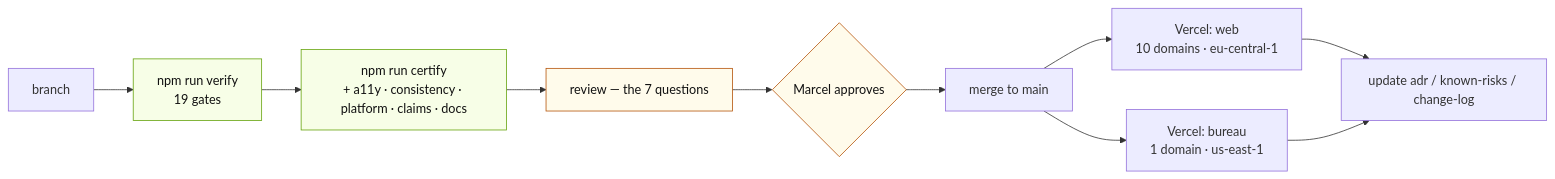
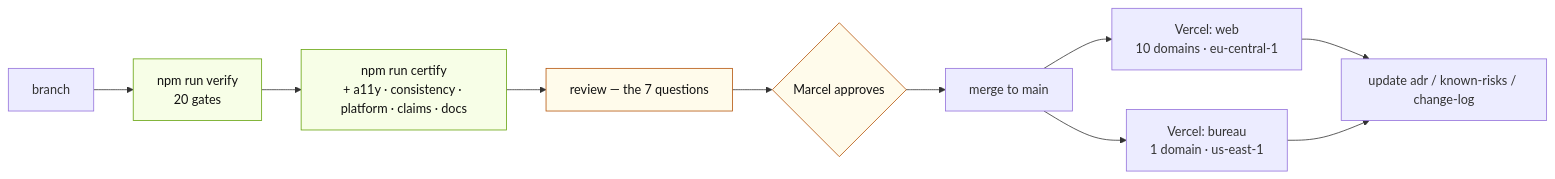
One commit to buddy1974/maxpromo.digital changed the eighth of 10 diagrams in docs/architecture/diagrams.md. Above: the diagram before and after it, drawn with Mermaid. The commit also changed 11 other files, not shown here.

````diff
--- a/docs/architecture/diagrams.md
+++ b/docs/architecture/diagrams.md
@@ -276,19 +276,19 @@
 ```mermaid
 flowchart LR
-  BR["branch"] --> V["npm run verify<br/>19 gates"]
+  BR["branch"] --> V["npm run verify<br/>20 gates"]
   V --> C["npm run certify<br/>+ a11y · consistency · platform · claims · docs"]
   C --> REV["review — the 7 questions"]
   REV --> APP{"Marcel approves"}
   APP --> MERGE["merge to main"]
 
   MERGE --> VW["Vercel: web<br/>10 domains · eu-central-1"]
   MERGE --> VB["Vercel: bureau<br/>1 domain · us-east-1"]
 
   VW --> DOC["update adr / known-risks / change-log"]
   VB --> DOC
 
   classDef gate fill:#F7FEE7,stroke:#65A30D,color:#111111
   classDef human fill:#FFFBEB,stroke:#B45309,color:#111111
   class V,C gate
   class REV,APP human
 ```
````
